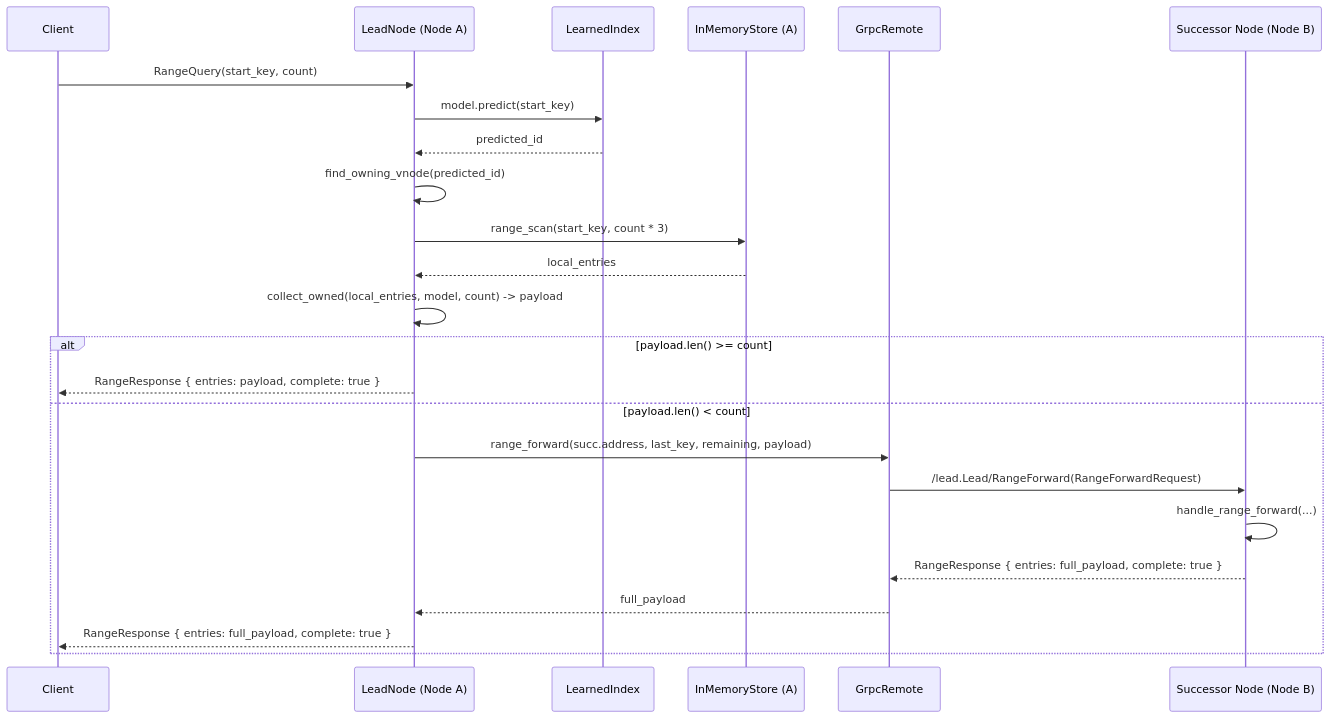
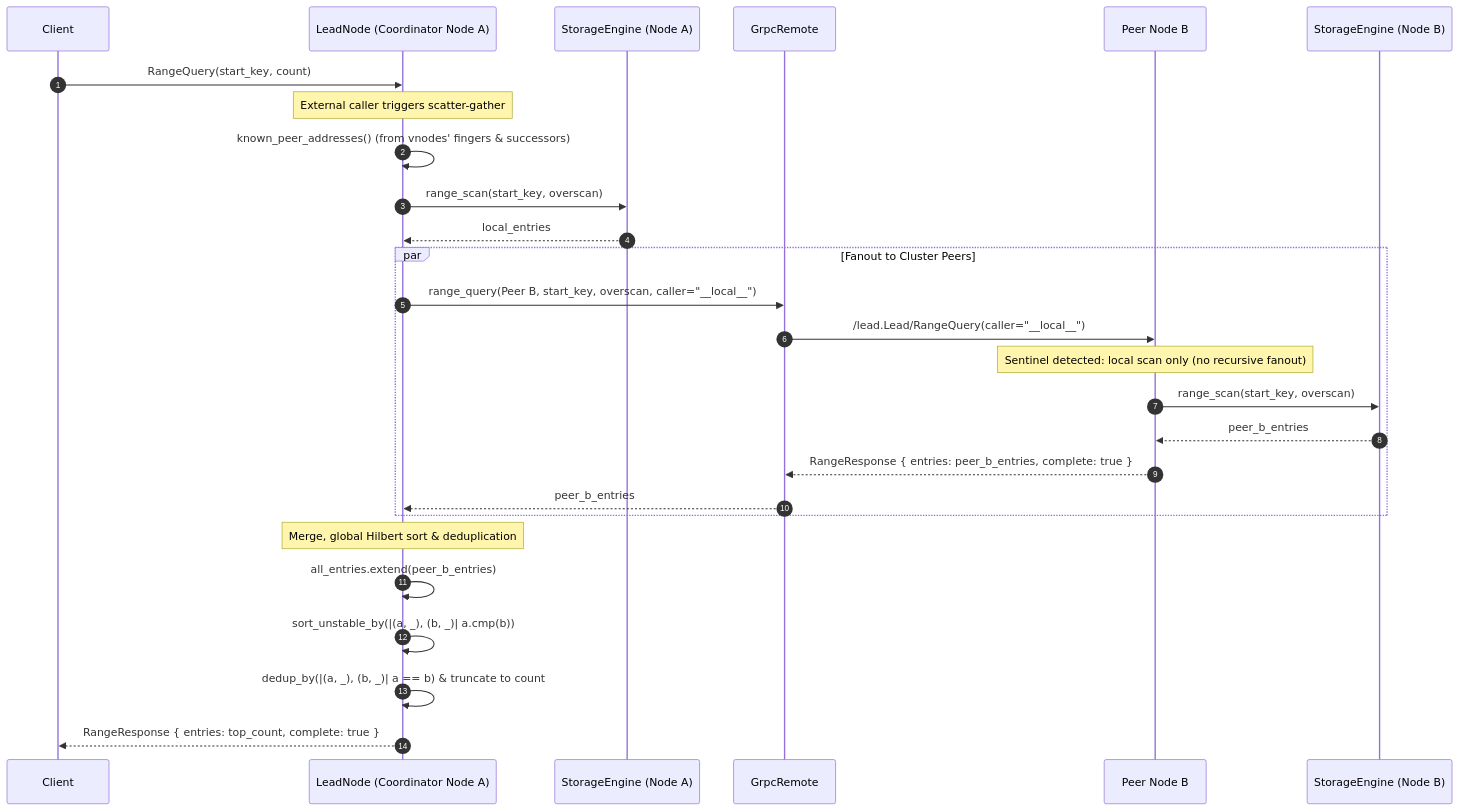
One commit to Mauragkas/thesis_grpc_lead_dga_cfd changed the diagram in lead/docs/sequence-diagrams/range-query/sequence.mmd. Above: the diagram before and after it, drawn with Mermaid. The commit also changed 37 other files, not shown here.

First line of the commit message:
docs(architecture): synchronize domain models, use cases, and sequence diagrams with codebase

```diff
--- a/lead/docs/sequence-diagrams/range-query/sequence.mmd
+++ b/lead/docs/sequence-diagrams/range-query/sequence.mmd
@@ -1,27 +1,32 @@
 sequenceDiagram
+    autonumber
     participant Client as Client
-    participant Lead as LeadNode (Node A)
-    participant Index as LearnedIndex
-    participant Store as InMemoryStore (A)
+    participant Coord as LeadNode (Coordinator Node A)
+    participant StorageA as StorageEngine (Node A)
     participant Remote as GrpcRemote
-    participant Succ as Successor Node (Node B)
+    participant PeerB as Peer Node B
+    participant StorageB as StorageEngine (Node B)
 
-    Client->>Lead: RangeQuery(start_key, count)
-    Lead->>Index: model.predict(start_key)
-    Index-->>Lead: predicted_id
-    Lead->>Lead: find_owning_vnode(predicted_id)
+    Client->>Coord: RangeQuery(start_key, count)
+    Note over Coord: External caller triggers scatter-gather
 
-    Lead->>Store: range_scan(start_key, count * 3)
-    Store-->>Lead: local_entries
-    Lead->>Lead: collect_owned(local_entries, model, count) -> payload
+    Coord->>Coord: known_peer_addresses() (from vnodes' fingers & successors)
+    Coord->>StorageA: range_scan(start_key, overscan)
+    StorageA-->>Coord: local_entries
 
-    alt payload.len() >= count
-        Lead-->>Client: RangeResponse { entries: payload, complete: true }
-    else payload.len() < count
-        Lead->>Remote: range_forward(succ.address, last_key, remaining, payload)
-        Remote->>Succ: /lead.Lead/RangeForward(RangeForwardRequest)
-        Succ->>Succ: handle_range_forward(...)
-        Succ-->>Remote: RangeResponse { entries: full_payload, complete: true }
-        Remote-->>Lead: full_payload
-        Lead-->>Client: RangeResponse { entries: full_payload, complete: true }
+    par Fanout to Cluster Peers
+        Coord->>Remote: range_query(Peer B, start_key, overscan, caller="__local__")
+        Remote->>PeerB: /lead.Lead/RangeQuery(caller="__local__")
+        Note over PeerB: Sentinel detected: local scan only (no recursive fanout)
+        PeerB->>StorageB: range_scan(start_key, overscan)
+        StorageB-->>PeerB: peer_b_entries
+        PeerB-->>Remote: RangeResponse { entries: peer_b_entries, complete: true }
+        Remote-->>Coord: peer_b_entries
     end
+
+    Note over Coord: Merge, global Hilbert sort & deduplication
+    Coord->>Coord: all_entries.extend(peer_b_entries)
+    Coord->>Coord: sort_unstable_by(|(a, _), (b, _)| a.cmp(b))
+    Coord->>Coord: dedup_by(|(a, _), (b, _)| a == b) & truncate to count
+
+    Coord-->>Client: RangeResponse { entries: top_count, complete: true }
```
